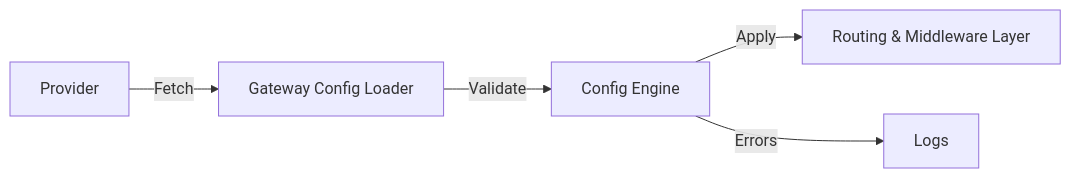
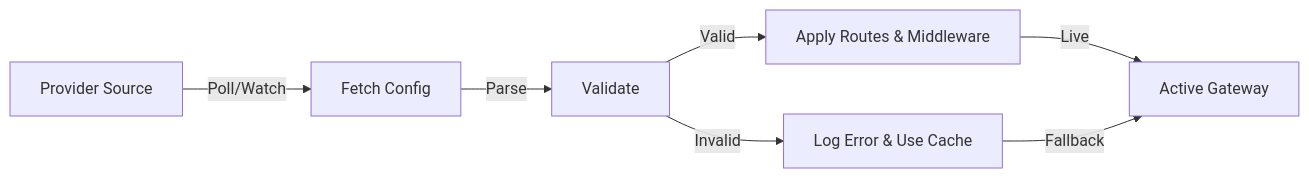
Before and after one commit to jkaninda/goma-gateway: the diagram in docs/usermanual/providers.md, drawn with Mermaid. The commit also changed other lines of this file and 2 other files, not shown here.

````diff
--- a/docs/usermanual/providers.md
+++ b/docs/usermanual/providers.md
@@ -26,7 +39,9 @@
 ```mermaid
 flowchart LR
-    A[Provider] -->|Fetch| B[Gateway Config Loader]
-    B -->|Validate| C[Config Engine]
-    C -->|Apply| D[Routing & Middleware Layer]
-    C -->|Errors| E[Logs]
+    A[Provider Source] -->|Poll/Watch| B[Fetch Config]
+    B -->|Parse| C[Validate]
+    C -->|Valid| D[Apply Routes & Middleware]
+    C -->|Invalid| E[Log Error & Use Cache]
+    D -->|Live| F[Active Gateway]
+    E -->|Fallback| F
 ```
````
